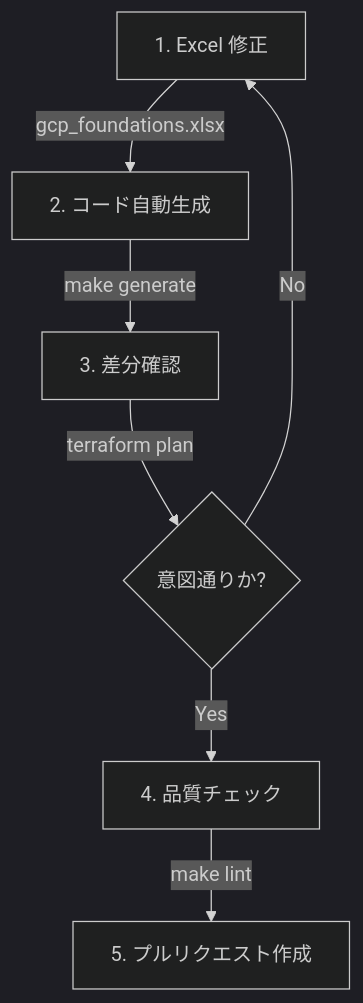
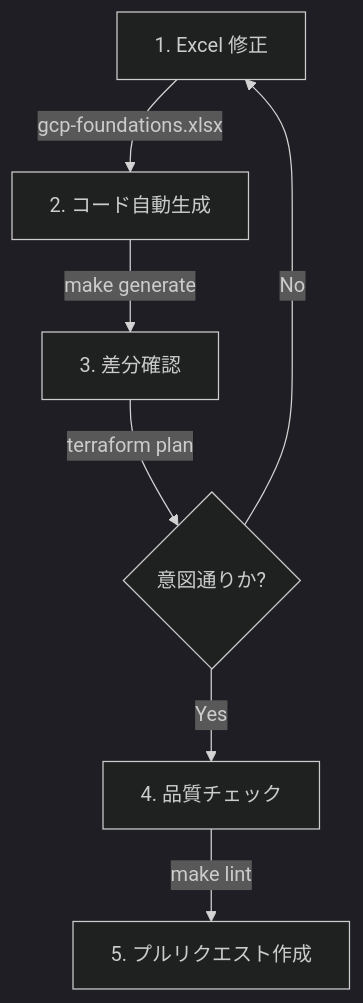
Before and after one commit to ea-Mitsuoka/gcp-foundations: the diagram in docs/development/local_development.md, drawn with Mermaid (dark theme). The commit also changed other lines of this file and 19 other files, not shown here.

````diff
--- a/docs/development/local_development.md
+++ b/docs/development/local_development.md
@@ -120,9 +120,9 @@
 ```mermaid
 graph TD
-    A[1. Excel 修正] -->|gcp_foundations.xlsx| B[2. コード自動生成]
+    A[1. Excel 修正] -->|gcp-foundations.xlsx| B[2. コード自動生成]
     B -->|make generate| C[3. 差分確認]
     C -->|terraform plan| D{意図通りか?}
     D -- No --> A
     D -- Yes --> E[4. 品質チェック]
     E -->|make lint| F[5. プルリクエスト作成]
 ```
````
